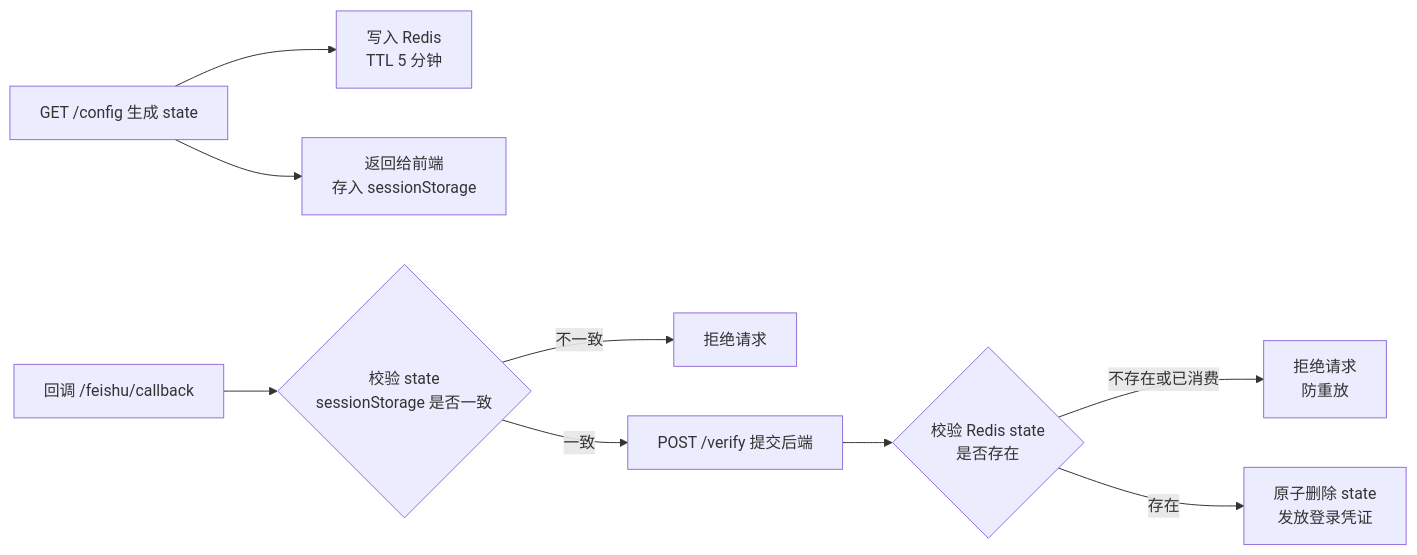
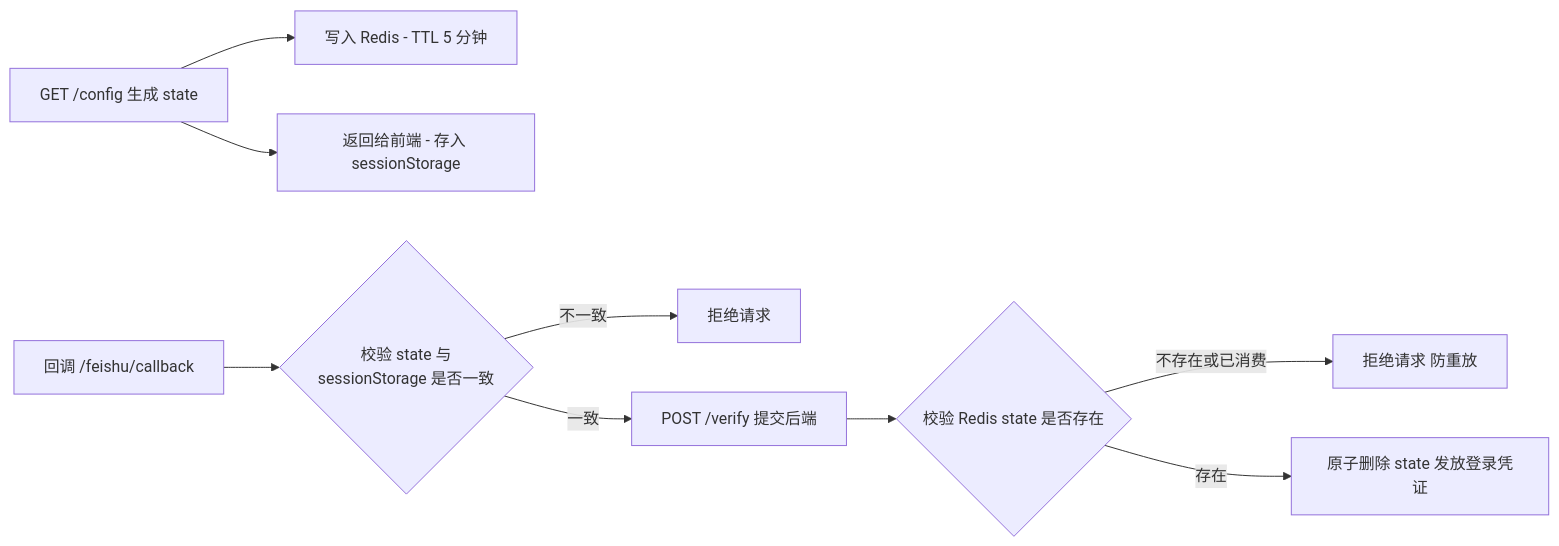
Before and after one commit to Carolier2003/Carols-blog: the third of 3 diagrams in src/data/blog/feishu-oauth-login-practice.md, drawn with Mermaid. The commit also changed 1 other file, not shown here.

Commit message:
fix: preserve line breaks when extracting mermaid text; remove HTML br tags

````diff
--- a/src/data/blog/feishu-oauth-login-practice.md
+++ b/src/data/blog/feishu-oauth-login-practice.md
@@ -398,11 +398,11 @@
 ```mermaid
 flowchart LR
-    A[GET /config 生成 state] --> B[写入 Redis<br/>TTL 5 分钟]
-    A --> C[返回给前端<br/>存入 sessionStorage]
-    D[回调 /feishu/callback] --> E{校验 state<br/>sessionStorage 是否一致}
+    A[GET /config 生成 state] --> B[写入 Redis - TTL 5 分钟]
+    A --> C[返回给前端 - 存入 sessionStorage]
+    D[回调 /feishu/callback] --> E{校验 state 与<br>sessionStorage 是否一致}
     E -->|不一致| F[拒绝请求]
     E -->|一致| G[POST /verify 提交后端]
-    G --> H{校验 Redis state<br/>是否存在}
-    H -->|不存在或已消费| I[拒绝请求<br/>防重放]
-    H -->|存在| J[原子删除 state<br/>发放登录凭证]
+    G --> H{校验 Redis state 是否存在}
+    H -->|不存在或已消费| I[拒绝请求 防重放]
+    H -->|存在| J[原子删除 state 发放登录凭证]
 ```
````
